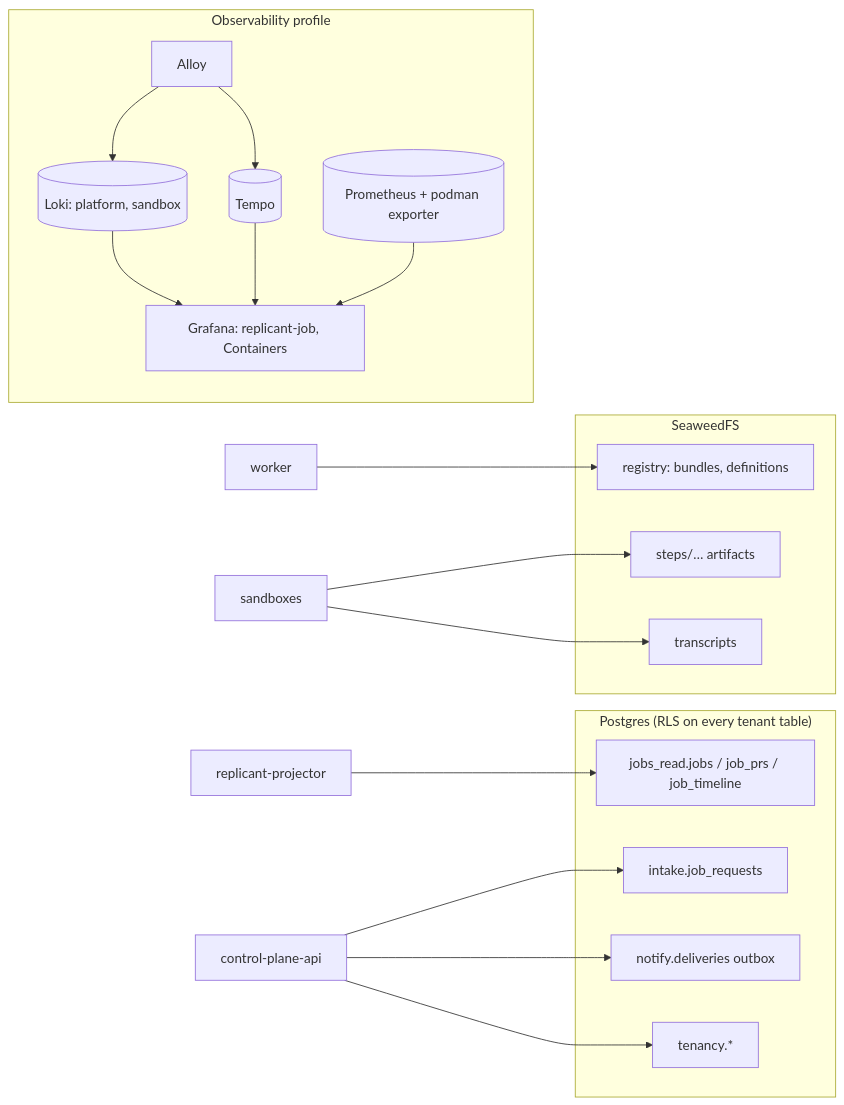
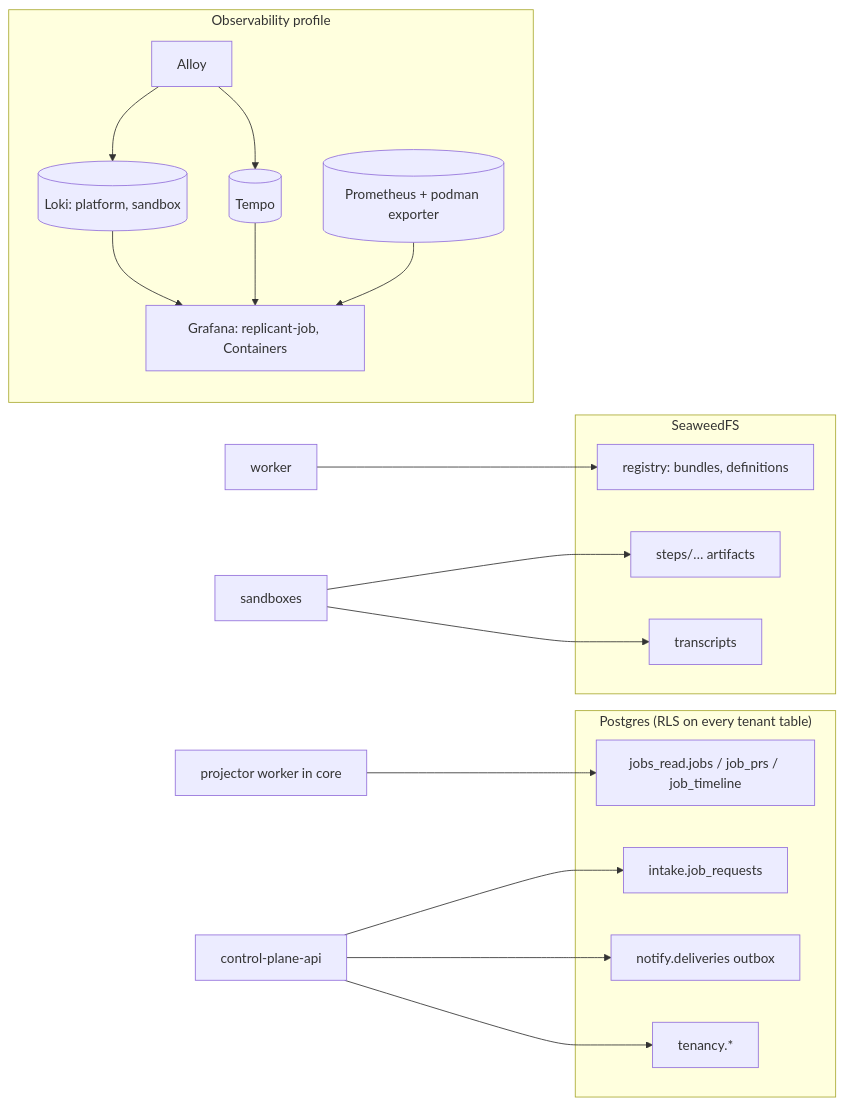
One commit to ryanpflynn/replicant changed the fifth of 12 diagrams in replicant/docs/design/v0-system-design.md. Above: the diagram before and after it, drawn with Mermaid. The commit also changed other lines of this file and 199 other files, not shown here.

````diff
--- a/replicant/docs/design/v0-system-design.md
+++ b/replicant/docs/design/v0-system-design.md
@@ -256,26 +291,26 @@
 ```mermaid
 flowchart LR
   subgraph PG["Postgres (RLS on every tenant table)"]
     INTAKE[intake.job_requests]
     READ[jobs_read.jobs / job_prs / job_timeline]
     NOTIFY[notify.deliveries outbox]
     TEN[tenancy.*]
   end
   subgraph S3["SeaweedFS"]
     REG[registry: bundles, definitions]
     STEPS[steps/… artifacts]
     TR[transcripts]
   end
-  PRJ[replicant-projector] --> READ
+  PRJ[projector worker in core] --> READ
   CPA[control-plane-api] --> INTAKE & NOTIFY & TEN
   W[worker] --> REG
   SBX[sandboxes] --> STEPS & TR
 
   subgraph OBS["Observability profile"]
     ALLOY[Alloy] --> LOKI[(Loki: platform, sandbox)]
     ALLOY --> TEMPO[(Tempo)]
     PROM[(Prometheus + podman exporter)]
     GRAF[Grafana: replicant-job, Containers]
   end
   LOKI & TEMPO & PROM --> GRAF
 ```
````
